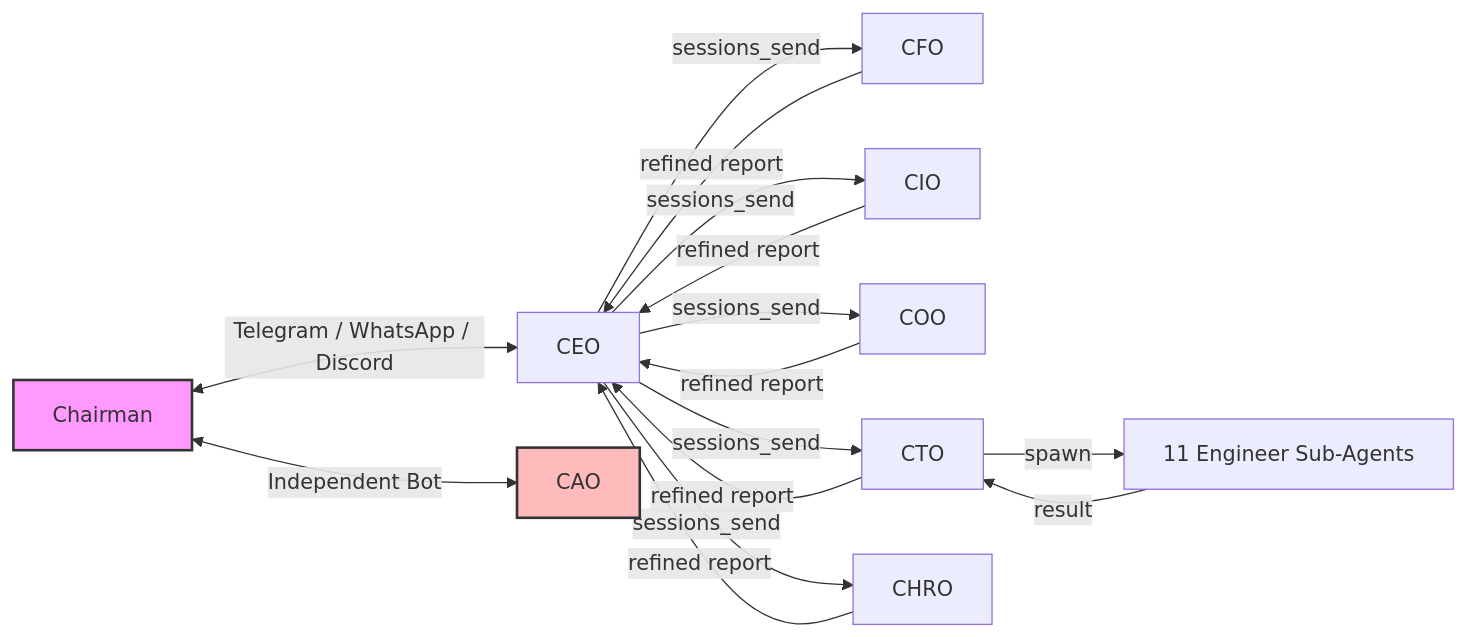
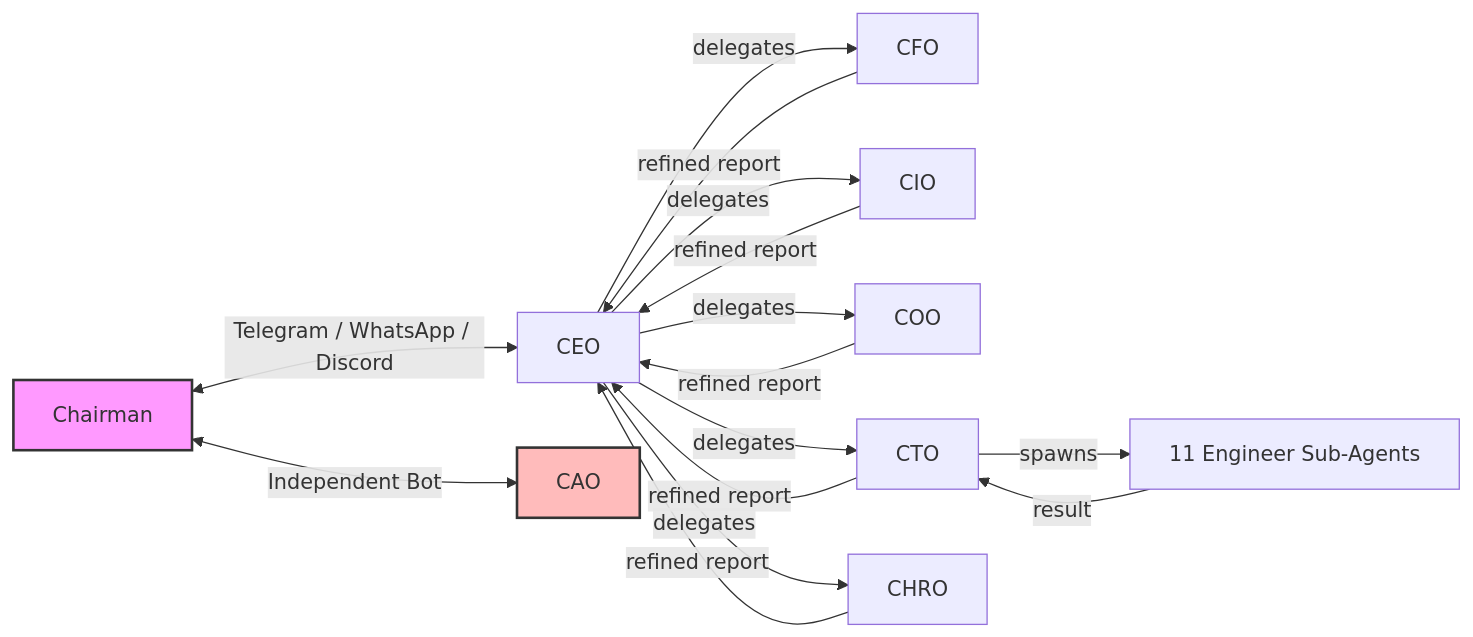
The first of 3 diagrams in README.md (changanlee/claw-company), drawn with Mermaid before and after one commit. The commit also changed other lines of this file and 1 other file, not shown here.

````diff
--- a/README.md
+++ b/README.md
@@ -38,16 +28,12 @@
 ```mermaid
 graph LR
     Chairman <-->|Telegram / WhatsApp / Discord| CEO
-    CEO -->|sessions_send| CFO
-    CEO -->|sessions_send| CIO
-    CEO -->|sessions_send| COO
-    CEO -->|sessions_send| CTO
-    CEO -->|sessions_send| CHRO
+    CEO -->|delegates| CFO & CIO & COO & CTO & CHRO
     CFO & CIO & COO & CTO & CHRO -->|refined report| CEO
-    CTO -->|spawn| Sub-Agents[11 Engineer Sub-Agents]
-    Sub-Agents -->|result| CTO
+    CTO -->|spawns| Engineers[11 Engineer Sub-Agents]
+    Engineers -->|result| CTO
     Chairman <-->|Independent Bot| CAO
 
     style Chairman fill:#f9f,stroke:#333,stroke-width:2px
     style CAO fill:#fbb,stroke:#333,stroke-width:2px
 ```
````
